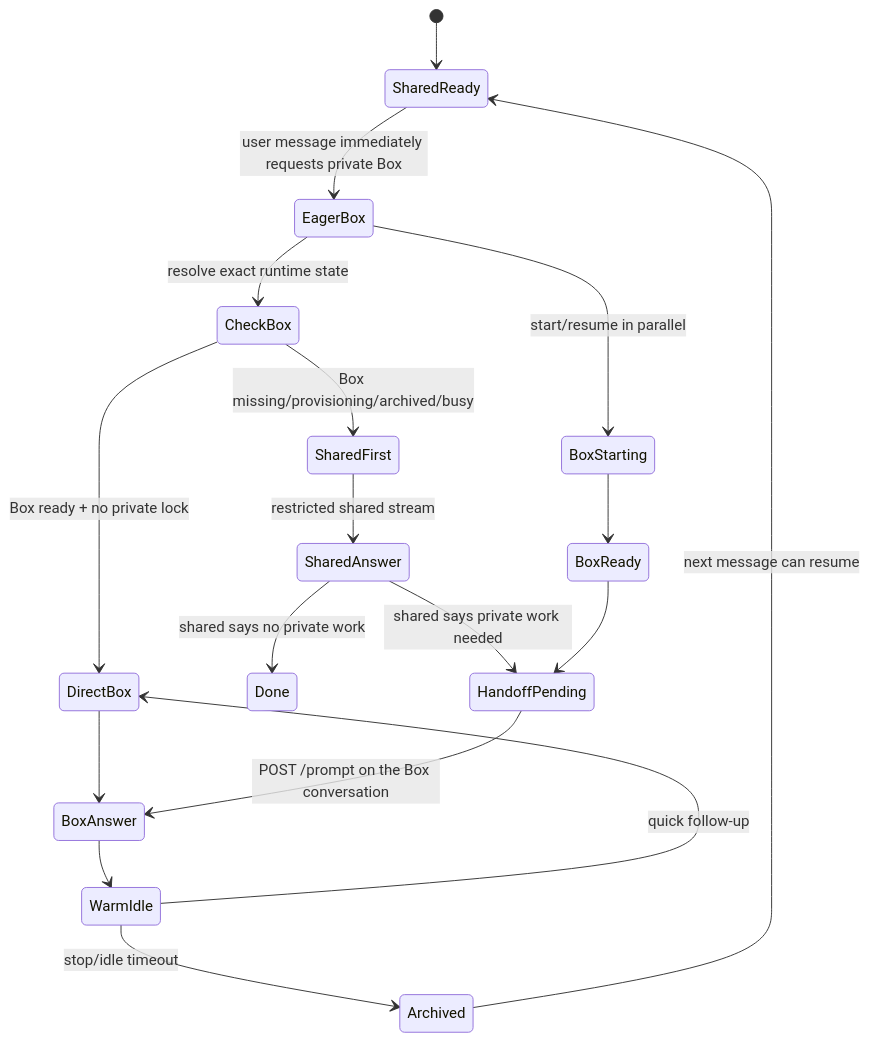
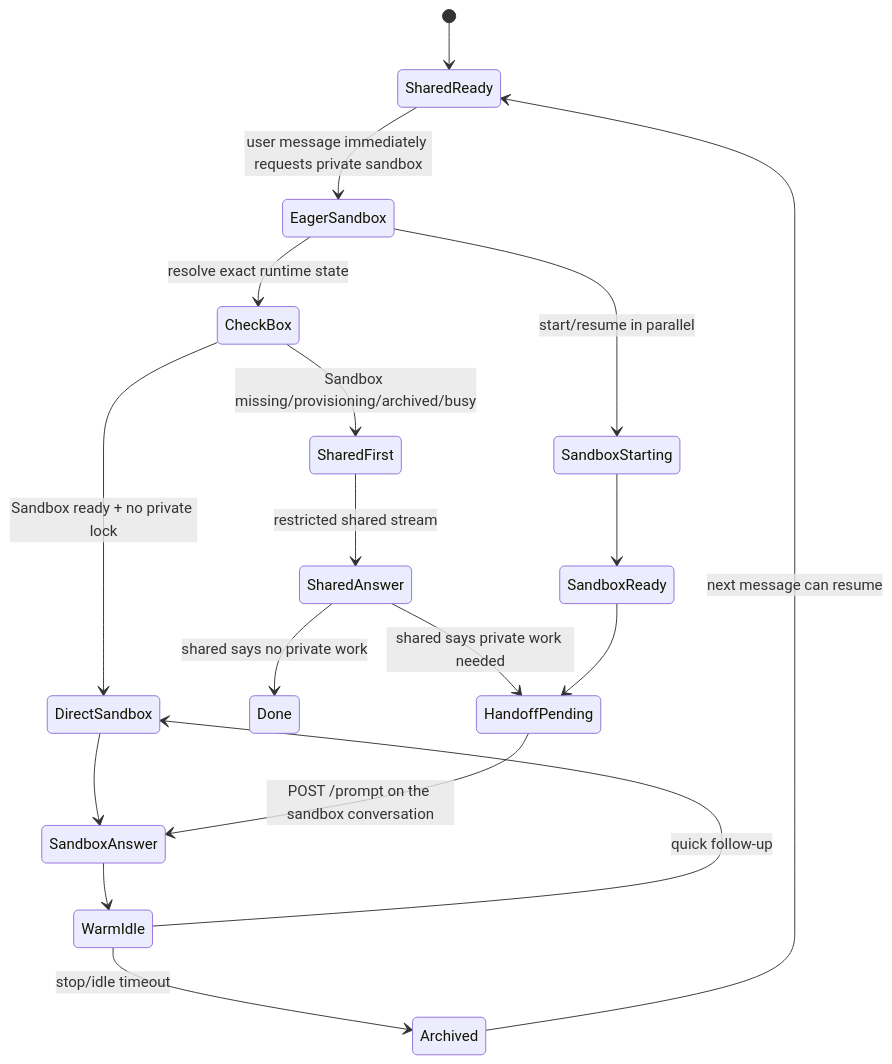
The diagram in README.md (ariana-dot-dev/optibox), drawn with Mermaid before and after one commit. The commit also changed other lines of this file and 26 other files, not shown here.

First line of the commit message:
rename Box to Boat: the product is Boat, the machine is a sandbox

````diff
--- a/README.md
+++ b/README.md
@@ -69,20 +69,20 @@
 ```mermaid
 stateDiagram-v2
   [*] --> SharedReady
-  SharedReady --> EagerBox: user message immediately requests private Box
-  EagerBox --> CheckBox: resolve exact runtime state
-  CheckBox --> DirectBox: Box ready + no private lock
-  CheckBox --> SharedFirst: Box missing/provisioning/archived/busy
+  SharedReady --> EagerSandbox: user message immediately requests private sandbox
+  EagerSandbox --> CheckBox: resolve exact runtime state
+  CheckBox --> DirectSandbox: Sandbox ready + no private lock
+  CheckBox --> SharedFirst: Sandbox missing/provisioning/archived/busy
   SharedFirst --> SharedAnswer: restricted shared stream
-  EagerBox --> BoxStarting: start/resume in parallel
+  EagerSandbox --> SandboxStarting: start/resume in parallel
   SharedAnswer --> Done: shared says no private work
   SharedAnswer --> HandoffPending: shared says private work needed
-  BoxStarting --> BoxReady
-  BoxReady --> HandoffPending
-  DirectBox --> BoxAnswer
-  HandoffPending --> BoxAnswer: POST /prompt on the Box conversation
-  BoxAnswer --> WarmIdle
+  SandboxStarting --> SandboxReady
+  SandboxReady --> HandoffPending
+  DirectSandbox --> SandboxAnswer
+  HandoffPending --> SandboxAnswer: POST /prompt on the sandbox conversation
+  SandboxAnswer --> WarmIdle
   WarmIdle --> Archived: stop/idle timeout
   Archived --> SharedReady: next message can resume
-  WarmIdle --> DirectBox: quick follow-up
+  WarmIdle --> DirectSandbox: quick follow-up
 ```
````
